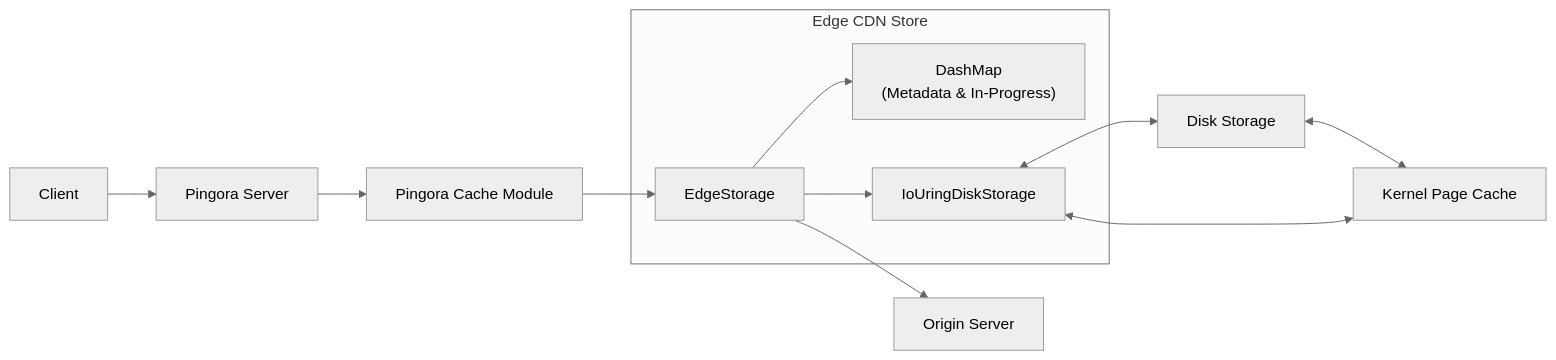
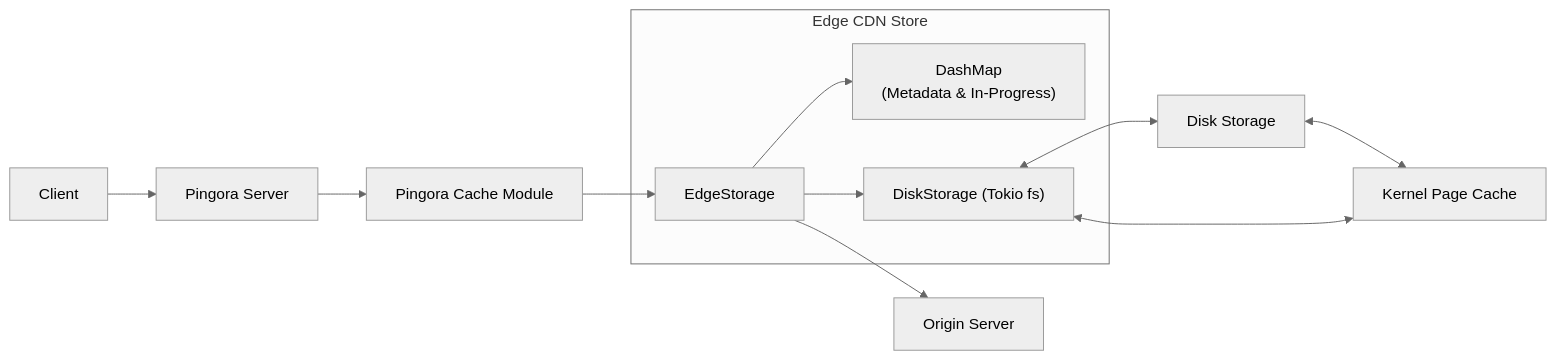
One commit to PixmaNts/edge-cdn-store changed the first of 4 diagrams in design/architecture_diagrams.md. Above: the diagram before and after it, drawn with Mermaid (neutral theme). The commit also changed other lines of this file and 6 other files, not shown here.

````diff
--- a/design/architecture_diagrams.md
+++ b/design/architecture_diagrams.md
@@ -7,25 +7,25 @@
 ```mermaid
 graph LR
     subgraph "Edge CDN Store"
         EdgeStorage["EdgeStorage"]
         DashMap["DashMap<br>(Metadata & In-Progress)"]
-        IoUringDiskStorage["IoUringDiskStorage"]
+        DiskStorage["DiskStorage (Tokio fs)"]
         EdgeStorage --> DashMap
-        EdgeStorage --> IoUringDiskStorage
+        EdgeStorage --> DiskStorage
     end
 
     Client["Client"]
     PingoraServer["Pingora Server"]
     PingoraCacheModule["Pingora Cache Module"]
     OriginServer["Origin Server"]
     Disk["Disk Storage"]
     KernelPageCache["Kernel Page Cache"]
 
     Client --> PingoraServer
     PingoraServer --> PingoraCacheModule
     PingoraCacheModule --> EdgeStorage
     EdgeStorage --> OriginServer
-    IoUringDiskStorage <--> Disk
+    DiskStorage <--> Disk
     Disk <--> KernelPageCache
-    KernelPageCache <--> IoUringDiskStorage
+    KernelPageCache <--> DiskStorage
 ```
````
